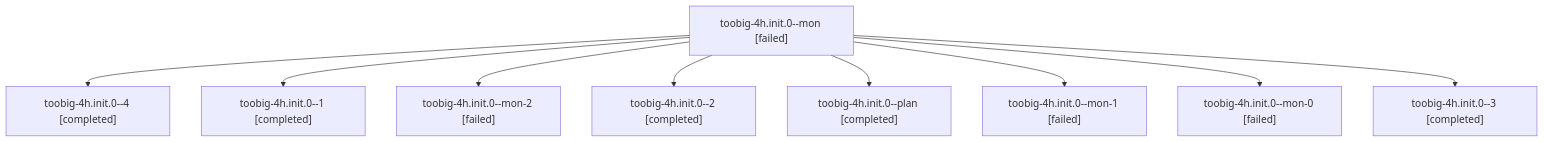
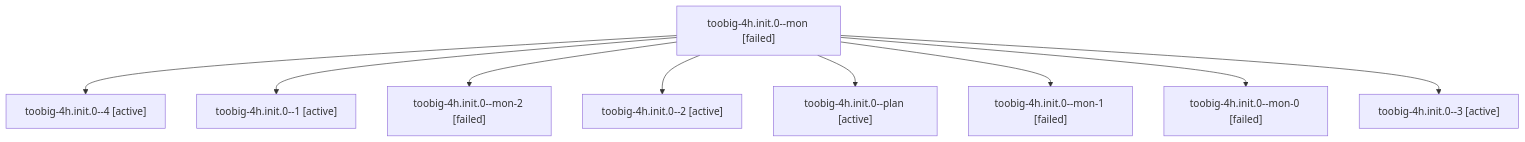
Before and after one commit to sase-org/sase--agents: the diagram in families/bbugyi200.athena.toobig-4h.init.0.md, drawn with Mermaid. The commit also changed other lines of this file and 35830 other files, not shown here.

````diff
--- a/families/bbugyi200.athena.toobig-4h.init.0.md
+++ b/families/bbugyi200.athena.toobig-4h.init.0.md
@@ -9,20 +9,20 @@
 ```mermaid
 flowchart TD
   n0["toobig-4h.init.0--mon [failed]"]
-  n1["toobig-4h.init.0--4 [completed]"]
+  n1["toobig-4h.init.0--4 [active]"]
   n0 --> n1
-  n2["toobig-4h.init.0--1 [completed]"]
+  n2["toobig-4h.init.0--1 [active]"]
   n0 --> n2
   n3["toobig-4h.init.0--mon-2 [failed]"]
   n0 --> n3
-  n4["toobig-4h.init.0--2 [completed]"]
+  n4["toobig-4h.init.0--2 [active]"]
   n0 --> n4
-  n5["toobig-4h.init.0--plan [completed]"]
+  n5["toobig-4h.init.0--plan [active]"]
   n0 --> n5
   n6["toobig-4h.init.0--mon-1 [failed]"]
   n0 --> n6
   n7["toobig-4h.init.0--mon-0 [failed]"]
   n0 --> n7
-  n8["toobig-4h.init.0--3 [completed]"]
+  n8["toobig-4h.init.0--3 [active]"]
   n0 --> n8
 ```
````
